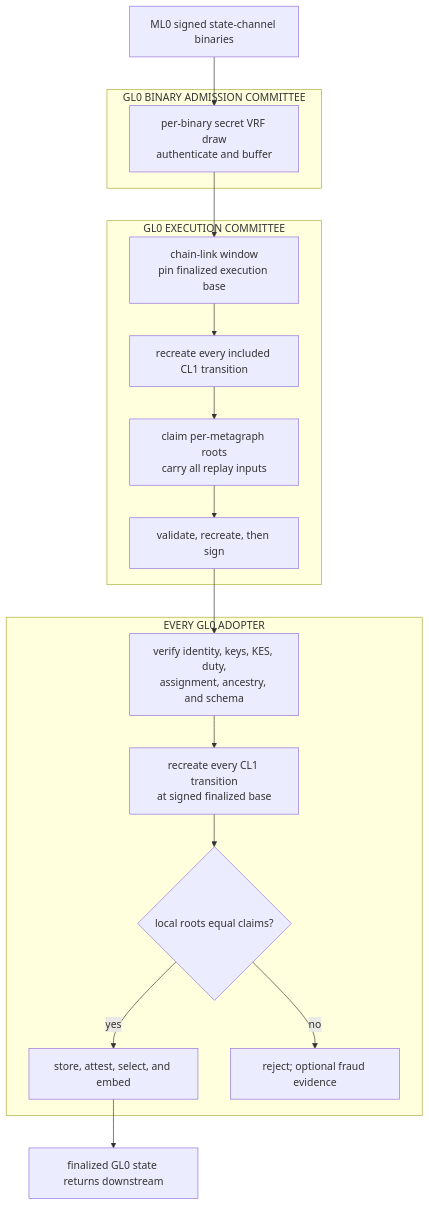
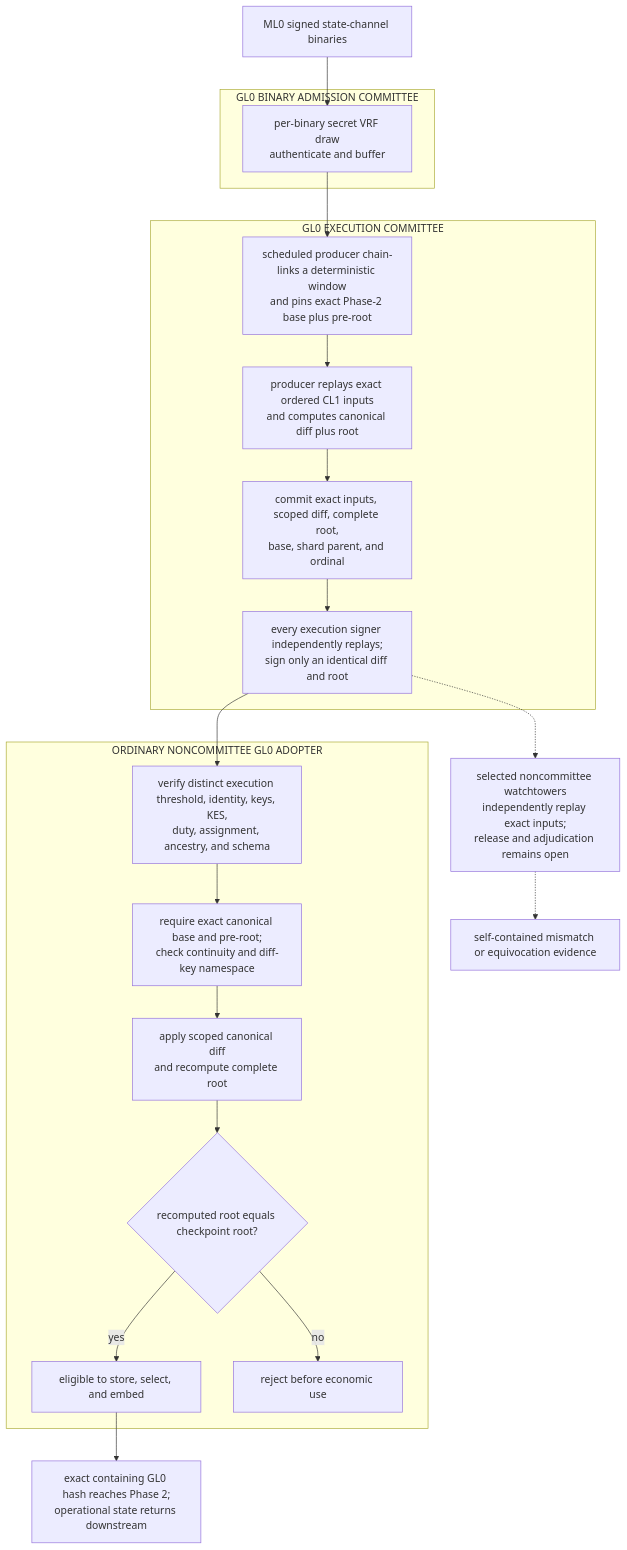
Before and after one commit to ottobot-ai/tessellation: the diagram in docs/nakamoto/diagrams/shard-inverted-flow.mmd, drawn with Mermaid. The commit also changed 277 other files, not shown here.

Commit message:
feat(consensus): harden economic security and key eligibility

```diff
--- a/docs/nakamoto/diagrams/shard-inverted-flow.mmd
+++ b/docs/nakamoto/diagrams/shard-inverted-flow.mmd
@@ -1,25 +1,29 @@
+%% TARGET DESIGN. This replaces universal CL1 replay by ordinary GL0 adopters.
 flowchart TB
     B["ML0 signed state-channel binaries"]
     B --> ADM
     subgraph ADMISSION["GL0 BINARY ADMISSION COMMITTEE"]
         ADM["per-binary secret VRF draw<br/>authenticate and buffer"]
     end
     ADM --> EXEC
     subgraph COMMITTEE["GL0 EXECUTION COMMITTEE"]
-        EXEC["chain-link window<br/>pin finalized execution base"]
-        REPLAY["recreate every included CL1 transition"]
-        BUILD["claim per-metagraph roots<br/>carry all replay inputs"]
-        SIGN["validate, recreate, then sign"]
+        EXEC["scheduled producer chain-links a deterministic window<br/>and pins exact Phase-2 base plus pre-root"]
+        REPLAY["producer replays exact ordered CL1 inputs<br/>and computes canonical diff plus root"]
+        BUILD["commit exact inputs, scoped diff, complete root,<br/>base, shard parent, and ordinal"]
+        SIGN["every execution signer independently replays;<br/>sign only an identical diff and root"]
         EXEC --> REPLAY --> BUILD --> SIGN
     end
     SIGN --> VERIFY
-    subgraph GLOBAL["EVERY GL0 ADOPTER"]
-        VERIFY["verify identity, keys, KES, duty,<br/>assignment, ancestry, and schema"]
-        AGAIN["recreate every CL1 transition<br/>at signed finalized base"]
-        COMPARE{"local roots equal claims?"}
-        EMBED["store, attest, select, and embed"]
-        VERIFY --> AGAIN --> COMPARE
+    subgraph GLOBAL["ORDINARY NONCOMMITTEE GL0 ADOPTER"]
+        VERIFY["verify distinct execution threshold, identity, keys, KES,<br/>duty, assignment, ancestry, and schema"]
+        CAS["require exact canonical base and pre-root;<br/>check continuity and diff-key namespace"]
+        APPLY["apply scoped canonical diff<br/>and recompute complete root"]
+        COMPARE{"recomputed root equals checkpoint root?"}
+        EMBED["eligible to store, select, and embed"]
+        VERIFY --> CAS --> APPLY --> COMPARE
         COMPARE -->|yes| EMBED
-        COMPARE -->|no| REJECT["reject; optional fraud evidence"]
+        COMPARE -->|no| REJECT["reject before economic use"]
     end
-    EMBED --> RETURN["finalized GL0 state returns downstream"]
+    SIGN -.-> WATCH["selected noncommittee watchtowers<br/>independently replay exact inputs;<br/>release and adjudication remains open"]
+    WATCH -.-> EVIDENCE["self-contained mismatch or equivocation evidence"]
+    EMBED --> RETURN["exact containing GL0 hash reaches Phase 2;<br/>operational state returns downstream"]
```
